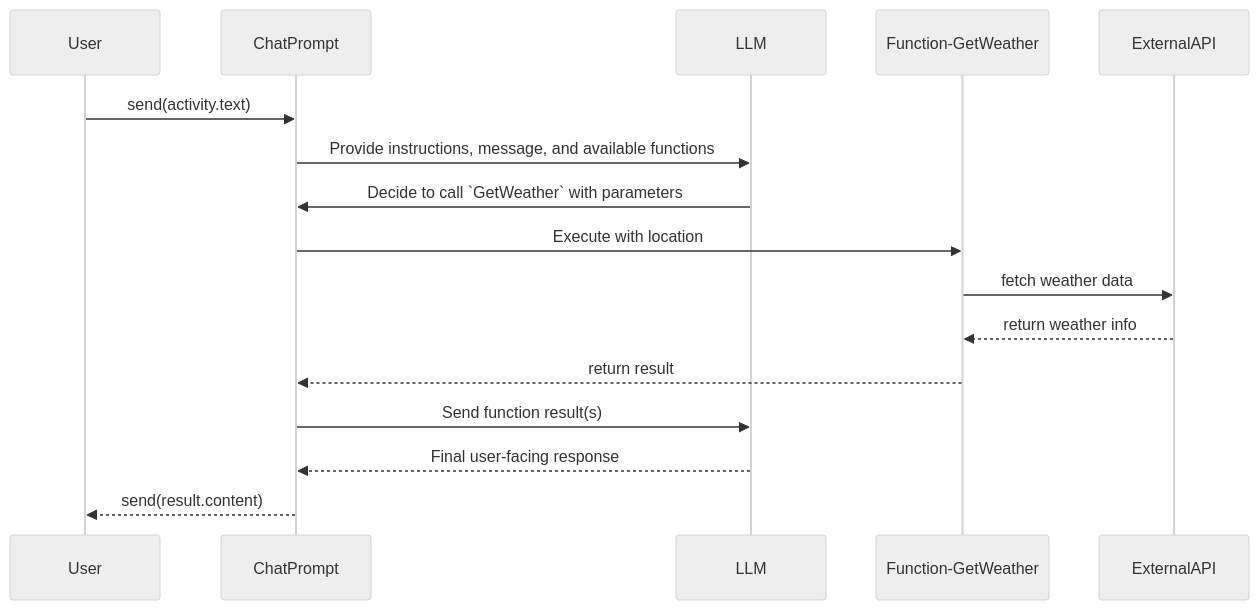
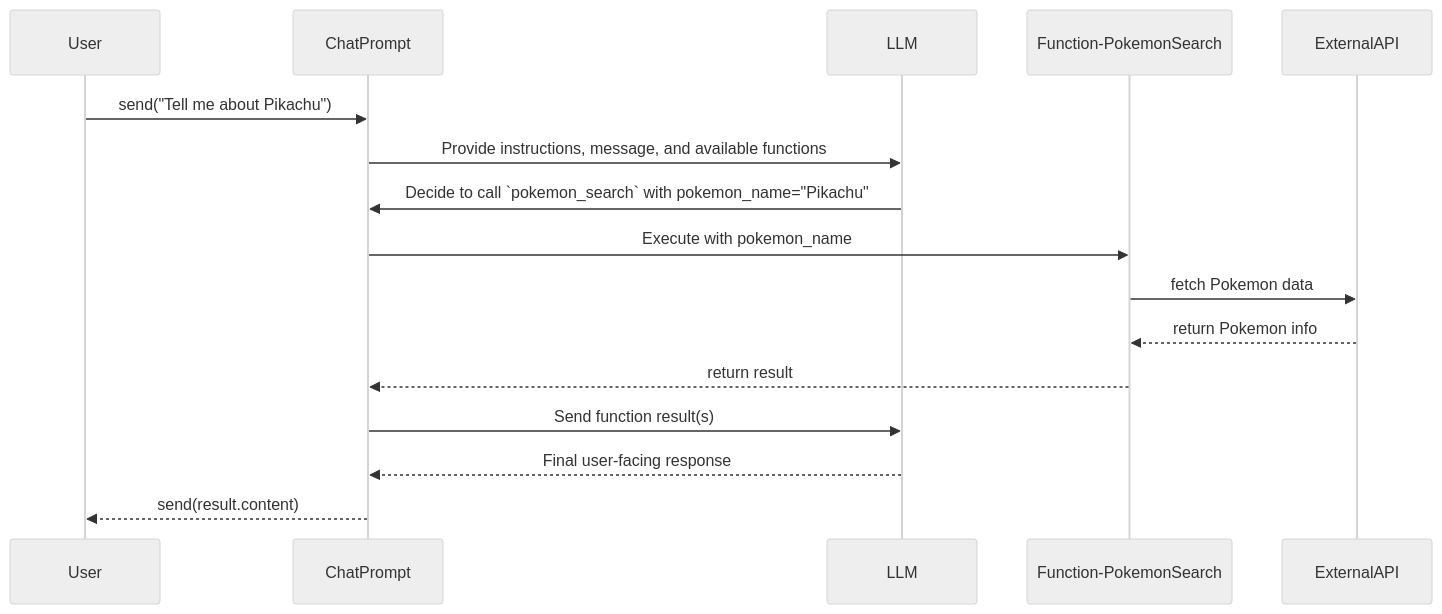
Before and after one commit to microsoft/teams-ai: the diagram in teams.md/docs/csharp/in-depth-guides/ai/function-calling.md, drawn with Mermaid (neutral theme). The commit also changed other lines of this file and 7 other files, not shown here.

````diff
--- a/teams.md/docs/csharp/in-depth-guides/ai/function-calling.md
+++ b/teams.md/docs/csharp/in-depth-guides/ai/function-calling.md
@@ -10,19 +10,19 @@
 ```mermaid
 sequenceDiagram
   participant User
   participant ChatPrompt
   participant LLM
-  participant Function-GetWeather
+  participant Function-PokemonSearch
   participant ExternalAPI
 
-  User->>ChatPrompt: send(activity.text)
+  User->>ChatPrompt: send("Tell me about Pikachu")
   ChatPrompt->>LLM: Provide instructions, message, and available functions
-    LLM->>ChatPrompt: Decide to call `GetWeather` with parameters
-    ChatPrompt->>Function-GetWeather: Execute with location
-    Function-GetWeather->>ExternalAPI: fetch weather data
-    ExternalAPI-->>Function-GetWeather: return weather info
-    Function-GetWeather-->>ChatPrompt: return result
+    LLM->>ChatPrompt: Decide to call `pokemon_search` with pokemon_name="Pikachu"
+    ChatPrompt->>Function-PokemonSearch: Execute with pokemon_name
+    Function-PokemonSearch->>ExternalAPI: fetch Pokemon data
+    ExternalAPI-->>Function-PokemonSearch: return Pokemon info
+    Function-PokemonSearch-->>ChatPrompt: return result
   ChatPrompt->>LLM: Send function result(s)
   LLM-->>ChatPrompt: Final user-facing response
   ChatPrompt-->>User: send(result.content)
 ```
````
